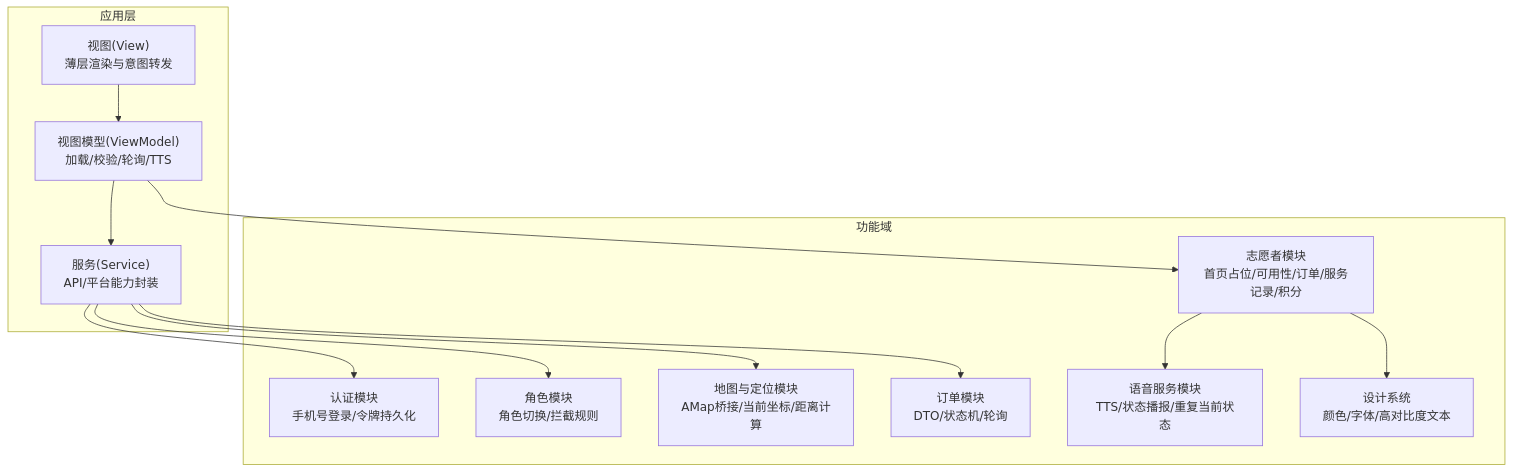
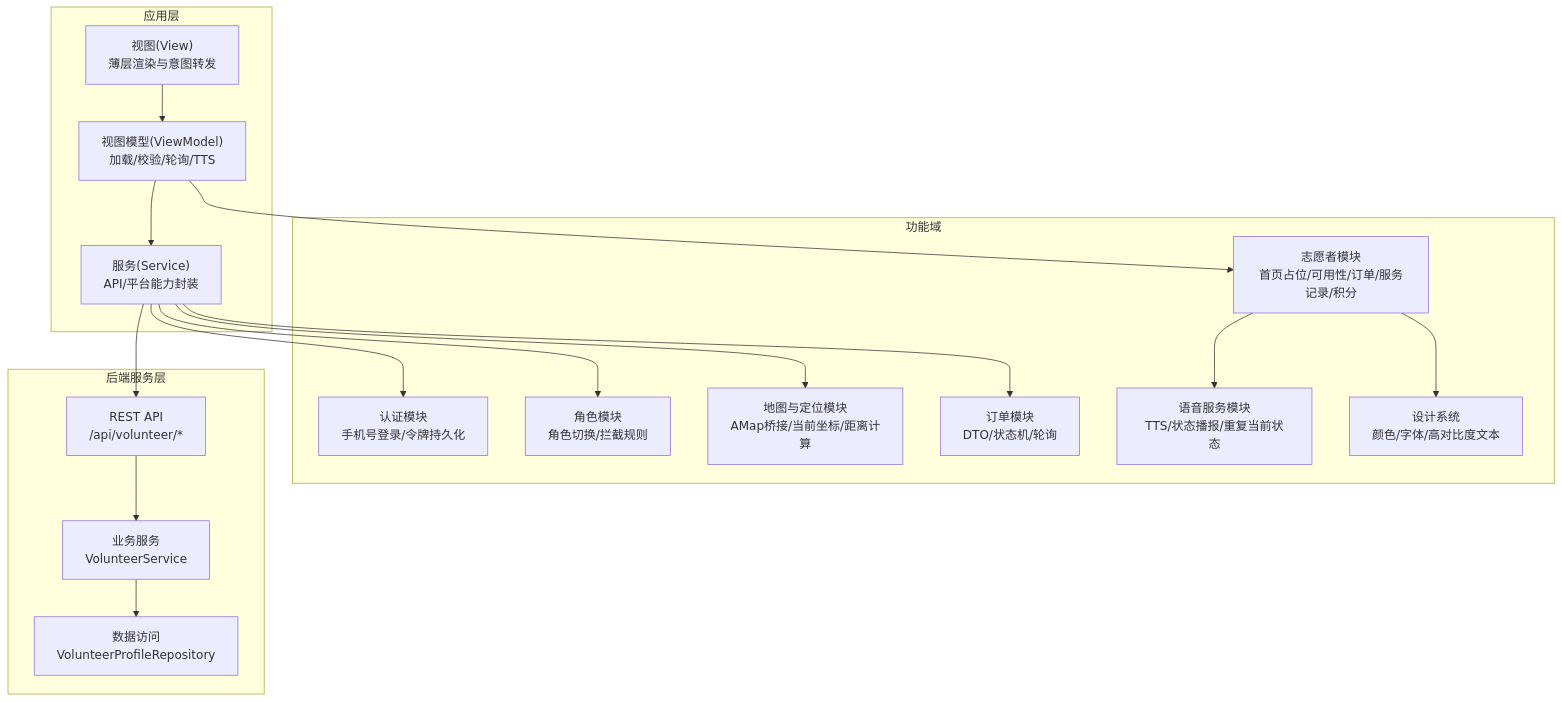
The first of 12 diagrams in .qoder/repowiki/zh/content/架构设计/模块化架构设计/Volunteer 志愿者模块.md (Jayden23018/blind-run-ios), drawn with Mermaid before and after one commit. The commit also changed other lines of this file and 13 other files, not shown here.

Commit message:
Fix volunteer profile flow and acceptance guards

````diff
--- a/.qoder/repowiki/zh/content/架构设计/模块化架构设计/Volunteer 志愿者模块.md
+++ b/.qoder/repowiki/zh/content/架构设计/模块化架构设计/Volunteer 志愿者模块.md
@@ -48,26 +59,34 @@
 ```mermaid
 graph TB
 subgraph "应用层"
 Views["视图(View)<br/>薄层渲染与意图转发"]
 VM["视图模型(ViewModel)<br/>加载/校验/轮询/TTS"]
 Services["服务(Service)<br/>API/平台能力封装"]
 end
 subgraph "功能域"
 Auth["认证模块<br/>手机号登录/令牌持久化"]
 Role["角色模块<br/>角色切换/拦截规则"]
 Map["地图与定位模块<br/>AMap桥接/当前坐标/距离计算"]
 Orders["订单模块<br/>DTO/状态机/轮询"]
 Volunteer["志愿者模块<br/>首页占位/可用性/订单/服务记录/积分"]
 Voice["语音服务模块<br/>TTS/状态播报/重复当前状态"]
 Design["设计系统<br/>颜色/字体/高对比度文本"]
 end
+subgraph "后端服务层"
+API["REST API<br/>/api/volunteer/*"]
+Service["业务服务<br/>VolunteerService"]
+Repo["数据访问<br/>VolunteerProfileRepository"]
+end
 Views --> VM
 VM --> Services
 Services --> Orders
 Services --> Map
 Services --> Auth
 Services --> Role
 VM --> Volunteer
 Volunteer --> Voice
 Volunteer --> Design
+Services --> API
+API --> Service
+Service --> Repo
 ```
````
